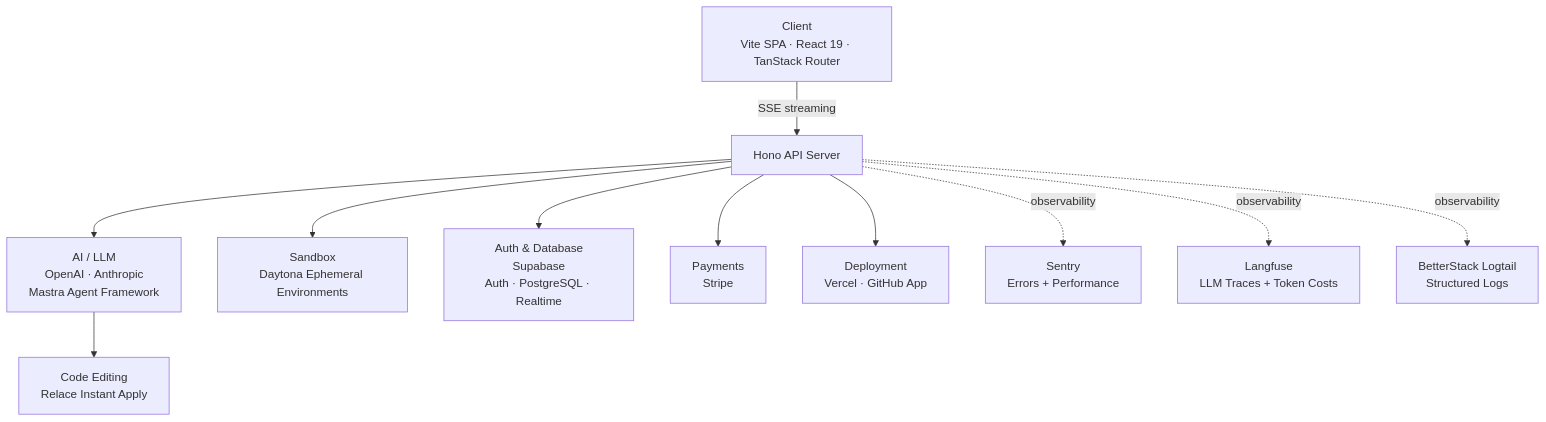
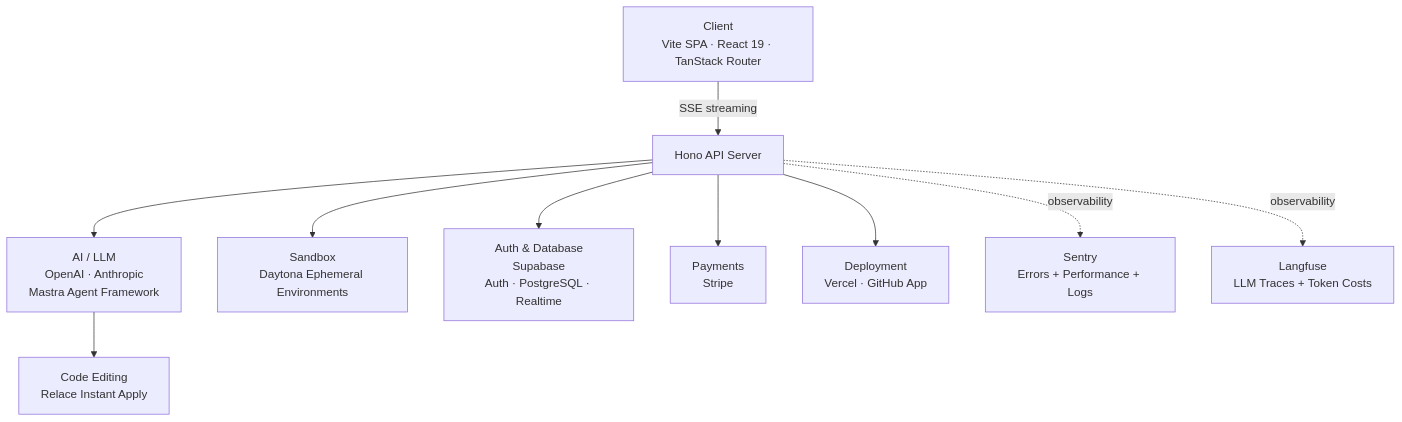
The diagram in README.md (VibeStackCodes/platform), drawn with Mermaid before and after one commit. The commit also changed other lines of this file and 7 other files, not shown here.

First line of the commit message:
feat: consolidate logging into Sentry, replace BetterStack Logtail

````diff
--- a/README.md
+++ b/README.md
@@ -7,27 +7,25 @@
 ```mermaid
 flowchart TD
     Client["Client\nVite SPA · React 19 · TanStack Router"]
     API["Hono API Server"]
     AI["AI / LLM\nOpenAI · Anthropic\nMastra Agent Framework"]
     Sandbox["Sandbox\nDaytona Ephemeral Environments"]
     DB["Auth & Database\nSupabase\nAuth · PostgreSQL · Realtime"]
     Payments["Payments\nStripe"]
     Deploy["Deployment\nVercel · GitHub App"]
     CodeEdit["Code Editing\nRelace Instant Apply"]
 
     Client -->|SSE streaming| API
     API --> AI
     API --> Sandbox
     API --> DB
     API --> Payments
     API --> Deploy
     AI --> CodeEdit
 
-    Sentry["Sentry\nErrors + Performance"]
+    Sentry["Sentry\nErrors + Performance + Logs"]
     Langfuse["Langfuse\nLLM Traces + Token Costs"]
-    Logtail["BetterStack Logtail\nStructured Logs"]
 
     API -.->|observability| Sentry
     API -.->|observability| Langfuse
-    API -.->|observability| Logtail
 ```
````
